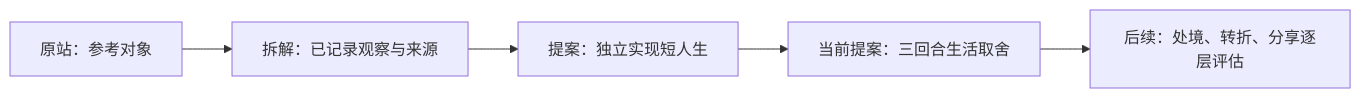
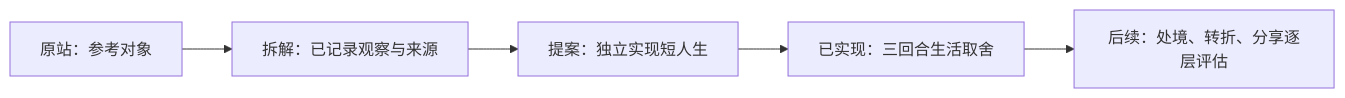
Before and after one commit to yuki-uix/life-sim-product-study: the diagram in README.md, drawn with Mermaid. The commit also changed other lines of this file and 22 other files, not shown here.

````diff
--- a/README.md
+++ b/README.md
@@ -20,7 +22,7 @@
 ```mermaid
 flowchart LR
     A[原站：参考对象] --> B[拆解：已记录观察与来源]
     B --> C[提案：独立实现短人生]
-    C --> D[当前提案：三回合生活取舍]
+    C --> D[已实现：三回合生活取舍]
     D --> E[后续：处境、转折、分享逐层评估]
 ```
````
